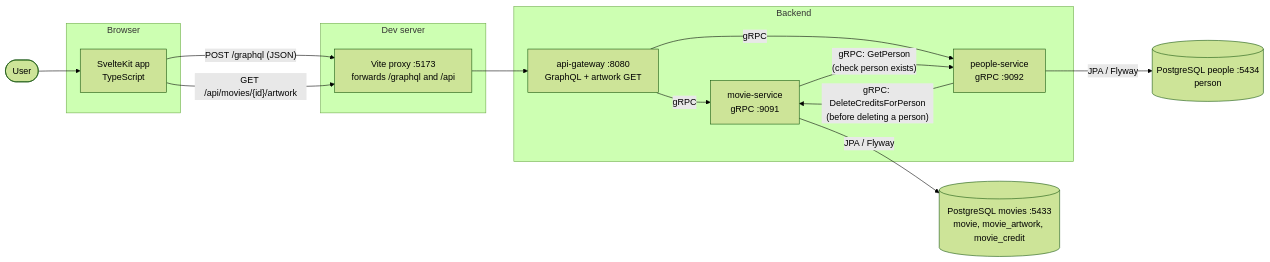
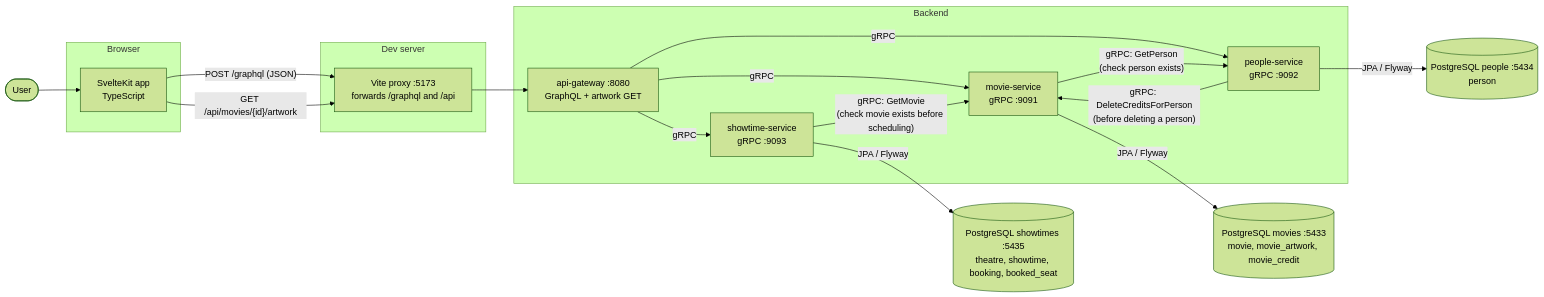
Before and after one commit to ARUNKUMAR-CHANDRASEKAR/MovieManagementSystem: the first of 9 diagrams in docs/diagrams.md, drawn with Mermaid (forest theme). The commit also changed other lines of this file and 71 other files, not shown here.

Commit message:
feat: MOVIE-0001 - implement showtime booking system

````diff
--- a/docs/diagrams.md
+++ b/docs/diagrams.md
@@ -9,32 +9,37 @@
 ```mermaid
 flowchart LR
     User([User])
 
     subgraph Browser
         UI[SvelteKit app<br/>TypeScript]
     end
 
     subgraph Dev server
         Vite[Vite proxy :5173<br/>forwards /graphql and /api]
     end
 
     subgraph Backend
         GW[api-gateway :8080<br/>GraphQL + artwork GET]
         MS[movie-service<br/>gRPC :9091]
         PS[people-service<br/>gRPC :9092]
+        SS[showtime-service<br/>gRPC :9093]
     end
 
     MDB[(PostgreSQL movies :5433<br/>movie, movie_artwork, movie_credit)]
     PDB[(PostgreSQL people :5434<br/>person)]
+    SDB[(PostgreSQL showtimes :5435<br/>theatre, showtime, booking, booked_seat)]
 
     User --> UI
     UI -- "POST /graphql (JSON)" --> Vite
     UI -- "GET /api/movies/{id}/artwork" --> Vite
     Vite --> GW
     GW -- gRPC --> MS
     GW -- gRPC --> PS
+    GW -- gRPC --> SS
     MS -- "gRPC: GetPerson<br/>(check person exists)" --> PS
     PS -- "gRPC: DeleteCreditsForPerson<br/>(before deleting a person)" --> MS
     MS -- JPA / Flyway --> MDB
+    SS -- "gRPC: GetMovie<br/>(check movie exists before scheduling)" --> MS
     PS -- JPA / Flyway --> PDB
+    SS -- JPA / Flyway --> SDB
 ```
````
